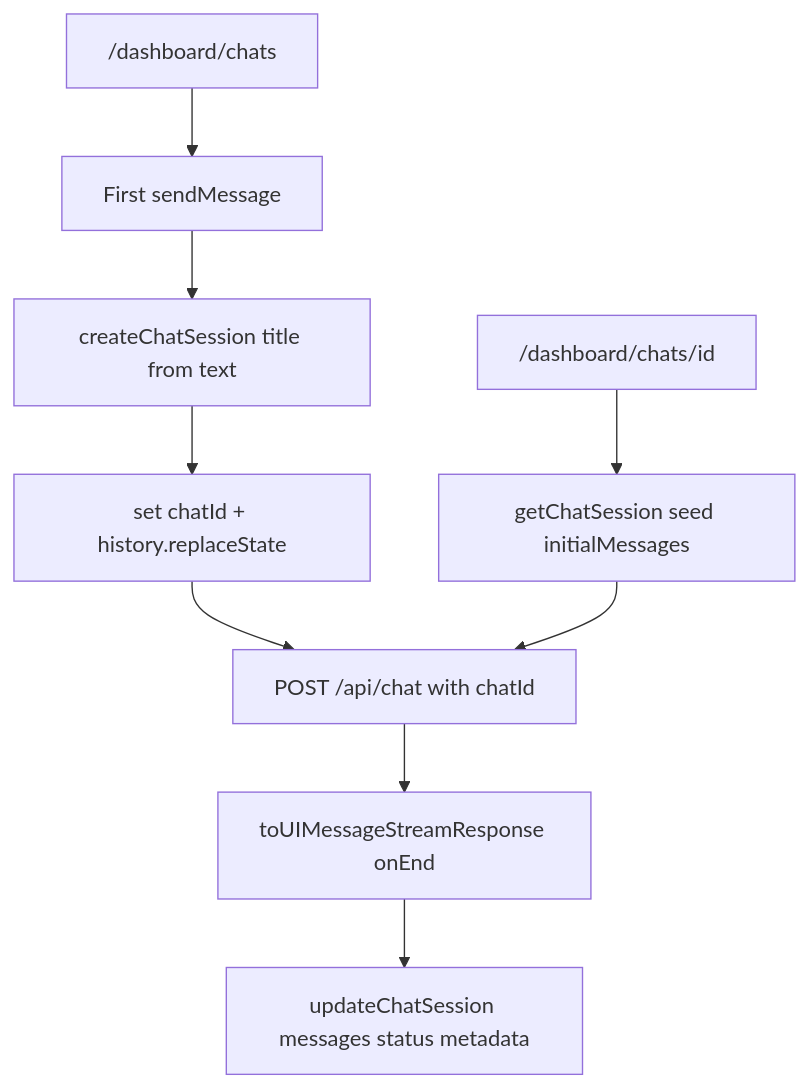
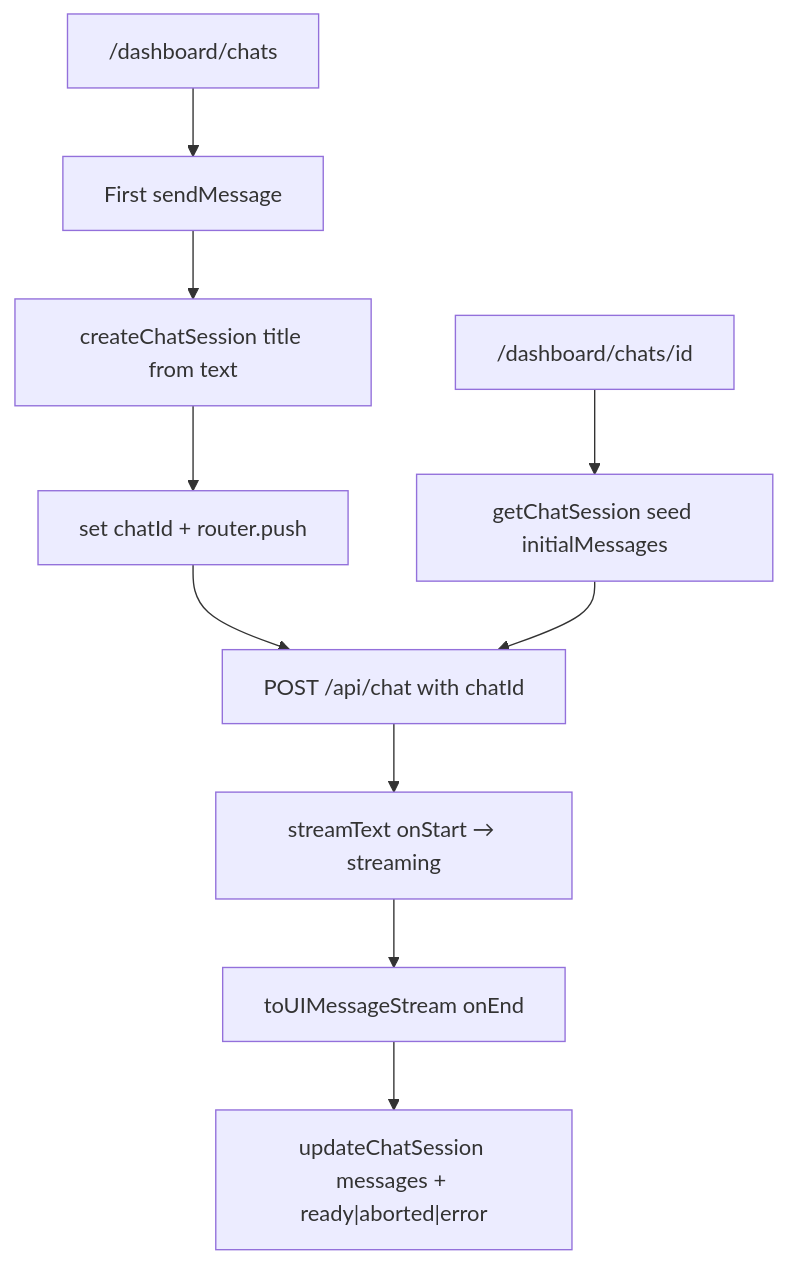
The diagram in docs/plans/rnt-42-save-chat-session-on-db.md (brandon-cercedo/root-next-template), drawn with Mermaid before and after one commit. The commit also changed other lines of this file and 47 other files, not shown here.

Commit message:
feat(RNT-42): persist chat sessions across the stream lifecycle

````diff
--- a/docs/plans/rnt-42-save-chat-session-on-db.md
+++ b/docs/plans/rnt-42-save-chat-session-on-db.md
@@ -112,11 +113,12 @@
 ```mermaid
 flowchart TD
   NewChat["/dashboard/chats"] --> FirstSend["First sendMessage"]
   FirstSend --> Create["createChatSession title from text"]
-  Create --> SetId["set chatId + history.replaceState"]
+  Create --> SetId["set chatId + router.push"]
   SetId --> Stream["POST /api/chat with chatId"]
   Existing["/dashboard/chats/id"] --> Load["getChatSession seed initialMessages"]
   Load --> Stream
-  Stream --> OnEnd["toUIMessageStreamResponse onEnd"]
-  OnEnd --> Persist["updateChatSession messages status metadata"]
+  Stream --> OnStart["streamText onStart → streaming"]
+  OnStart --> OnEnd["toUIMessageStream onEnd"]
+  OnEnd --> Persist["updateChatSession messages + ready|aborted|error"]
 ```
````
